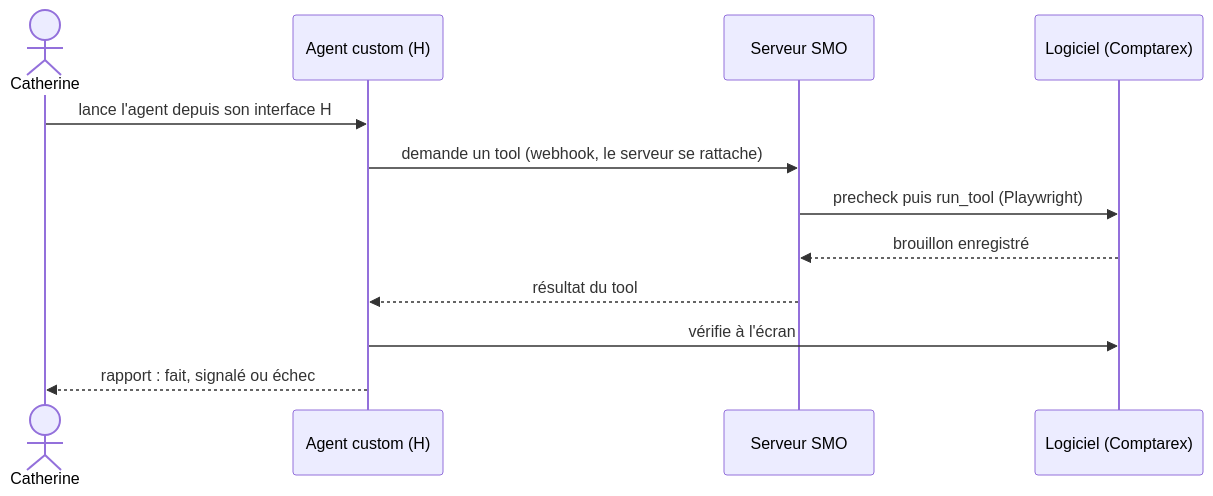
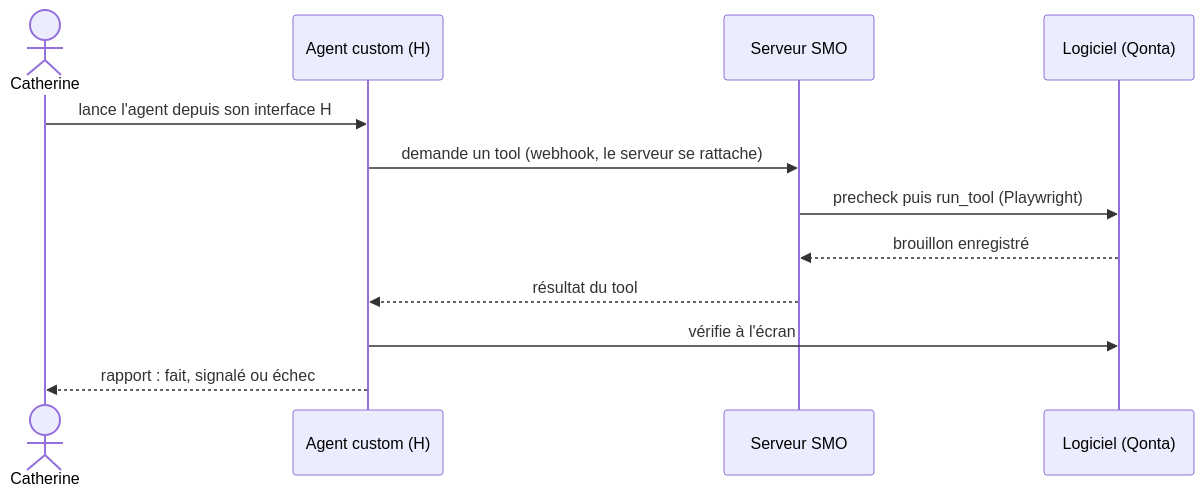
Before and after one commit to h-hackathon/show-me-once-hackathon-h: the second of 2 diagrams in smo/PLAN.md, drawn with Mermaid. The commit also changed other lines of this file and 22 other files, not shown here.

````diff
--- a/smo/PLAN.md
+++ b/smo/PLAN.md
@@ -34,14 +34,14 @@
 ```mermaid
 sequenceDiagram
     actor C as Catherine
     participant H as Agent custom (H)
     participant S as Serveur SMO
-    participant L as Logiciel (Comptarex)
+    participant L as Logiciel (Qonta)
     C->>H: lance l'agent depuis son interface H
     H->>S: demande un tool (webhook, le serveur se rattache)
     S->>L: precheck puis run_tool (Playwright)
     L-->>S: brouillon enregistré
     S-->>H: résultat du tool
     H->>L: vérifie à l'écran
     H-->>C: rapport : fait, signalé ou échec
 ```
````
